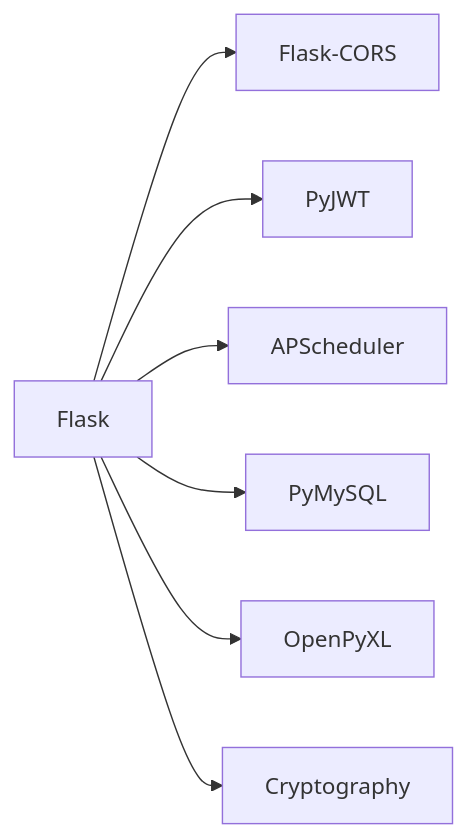
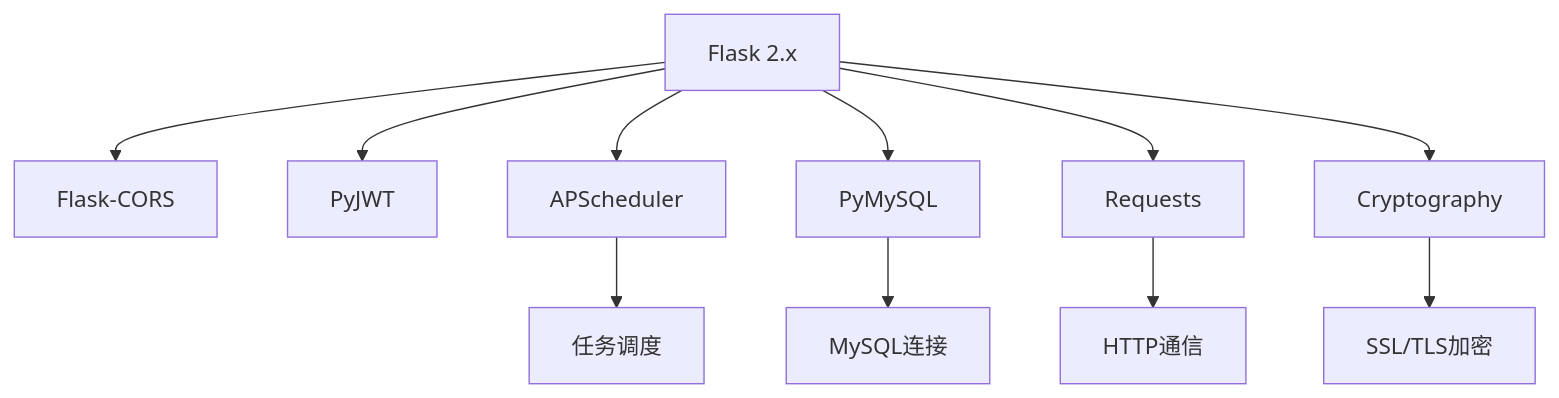
One commit to ismine3/OPS changed diagram 12 of 12 in .qoder/repowiki/zh/content/核心功能模块/证书管理模块.md. Above: the diagram before and after it, drawn with Mermaid. The commit also changed other lines of this file and 8 other files, not shown here.

````diff
--- a/.qoder/repowiki/zh/content/核心功能模块/证书管理模块.md
+++ b/.qoder/repowiki/zh/content/核心功能模块/证书管理模块.md
@@ -358,9 +432,13 @@
 ```mermaid
-graph LR
-Flask["Flask"] --> CORS["Flask-CORS"]
+graph TD
+Flask["Flask 2.x"] --> FlaskCORS["Flask-CORS"]
 Flask --> PyJWT["PyJWT"]
-Flask --> APS["APScheduler"]
+Flask --> APScheduler["APScheduler"]
 Flask --> PyMySQL["PyMySQL"]
-Flask --> OpenPyXL["OpenPyXL"]
+Flask --> Requests["Requests"]
 Flask --> Cryptography["Cryptography"]
+Cryptography --> SSL["SSL/TLS加密"]
+Requests --> HTTP["HTTP通信"]
+APScheduler --> Schedule["任务调度"]
+PyMySQL --> Database["MySQL连接"]
 ```
````
